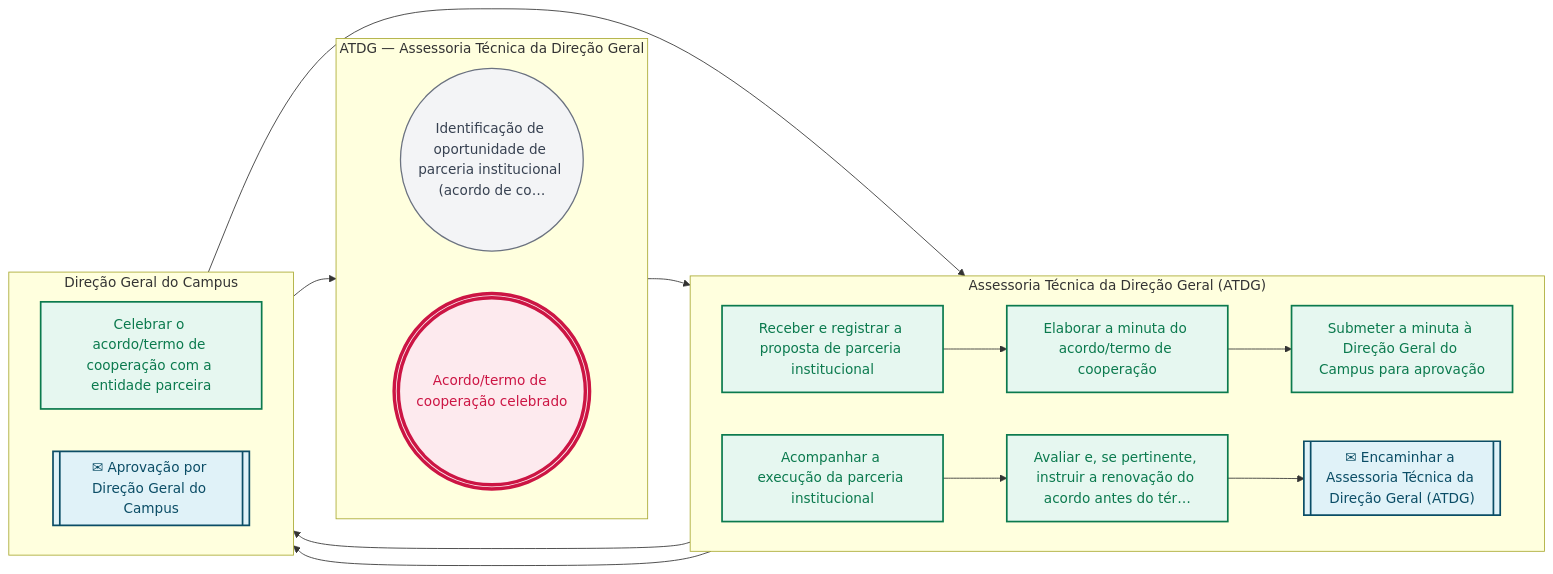
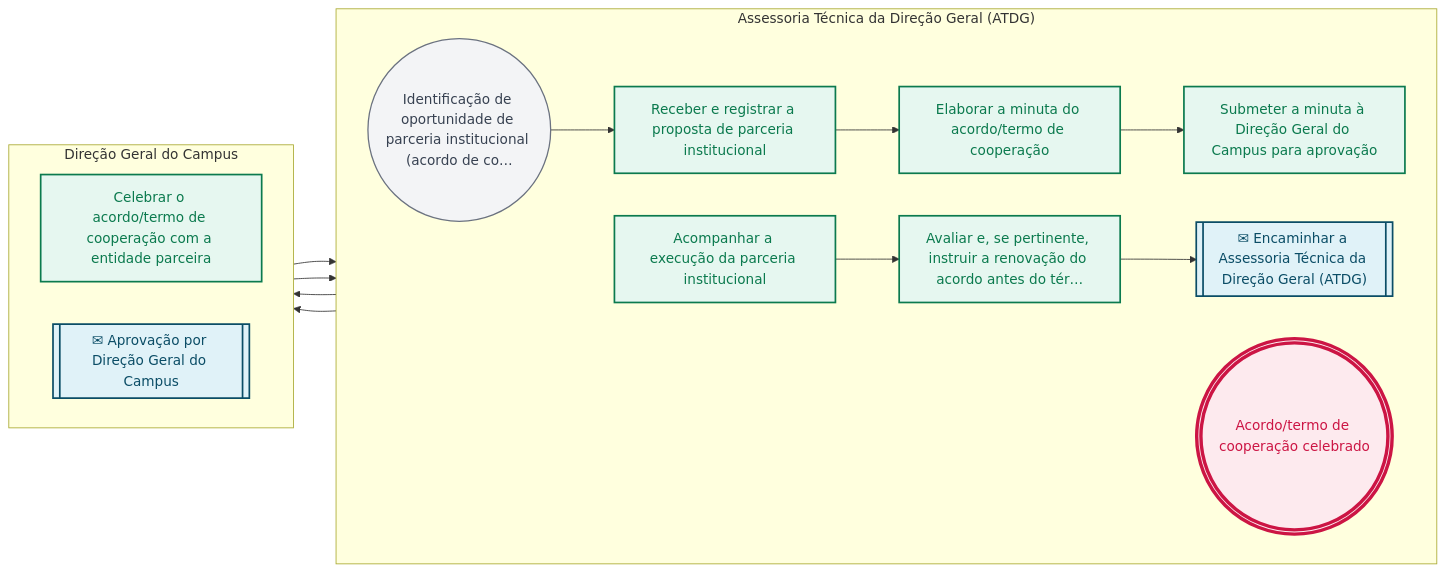
The second of 2 diagrams in pops/CAP/CAP-02.md (jessefers/canvas-vivo-atdg), drawn with Mermaid before and after one commit. The commit also changed other lines of this file and 107 other files, not shown here.

````diff
--- a/pops/CAP/CAP-02.md
+++ b/pops/CAP/CAP-02.md
@@ -149,41 +149,38 @@
 ```mermaid
 flowchart LR
-  subgraph R1["ATDG — Assessoria Técnica da Direção Geral"]
+  subgraph R1["Assessoria Técnica da Direção Geral (ATDG)"]
     direction LR
     e1(("Identificação de oportunidade de parceria institucional (acordo de co…"))
-    e10((("Acordo/termo de cooperação celebrado")))
-  end
-  subgraph R2["Assessoria Técnica da Direção Geral (ATDG)"]
-    direction LR
     e2["Receber e registrar a proposta de parceria institucional"]
     e3["Elaborar a minuta do acordo/termo de cooperação"]
     e4["Submeter a minuta à Direção Geral do Campus para aprovação"]
     e6["Acompanhar a execução da parceria institucional"]
     e7["Avaliar e, se pertinente, instruir a renovação do acordo antes do tér…"]
     e8[["✉ Encaminhar a Assessoria Técnica da Direção Geral (ATDG)"]]
+    e10((("Acordo/termo de cooperação celebrado")))
   end
-  subgraph R3["Direção Geral do Campus"]
+  subgraph R2["Direção Geral do Campus"]
     direction LR
     e5["Celebrar o acordo/termo de cooperação com a entidade parceira"]
     e9[["✉ Aprovação por Direção Geral do Campus"]]
   end
   e1 --> e2
   e2 --> e3
   e3 --> e4
   e4 --> e5
   e5 --> e6
   e6 --> e7
   e7 --> e8
   e8 --> e9
   e9 --> e10
   classDef inicio fill:#f3f4f6,stroke:#6b7280,stroke-width:1.5px,color:#374151
   classDef atividade fill:#E6F7F0,stroke:#0B7A4E,stroke-width:2px,color:#0B7A4E
   classDef decisao fill:#FFF4ED,stroke:#C9783A,stroke-width:2px,color:#C9783A
   classDef fim fill:#FDEAEE,stroke:#CC1544,stroke-width:4px,color:#CC1544
   classDef pausa fill:#FDEAEE,stroke:#CC1544,stroke-width:2px,color:#CC1544
   classDef captura fill:#E0F2F8,stroke:#0B4D66,stroke-width:2px,color:#0B4D66
   class e1 inicio
   class e2,e3,e4,e5,e6,e7 atividade
   class e8,e9 captura
   class e10 fim
 ```
````
